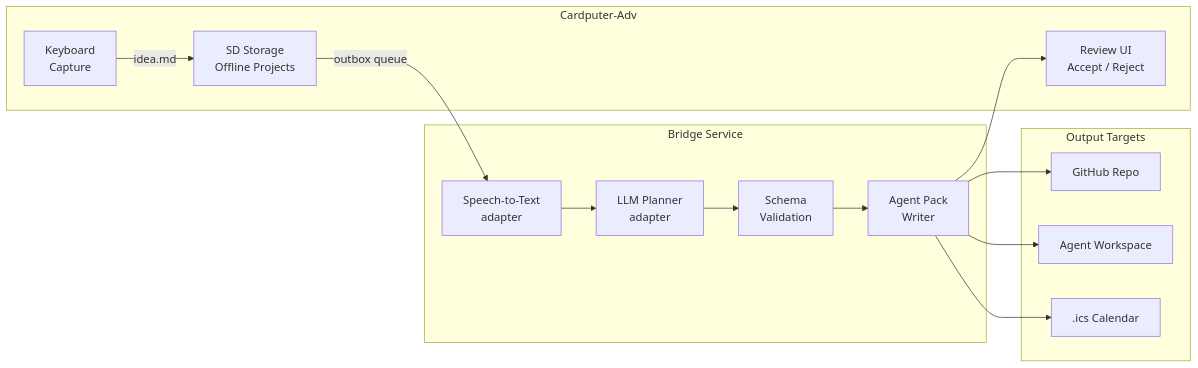
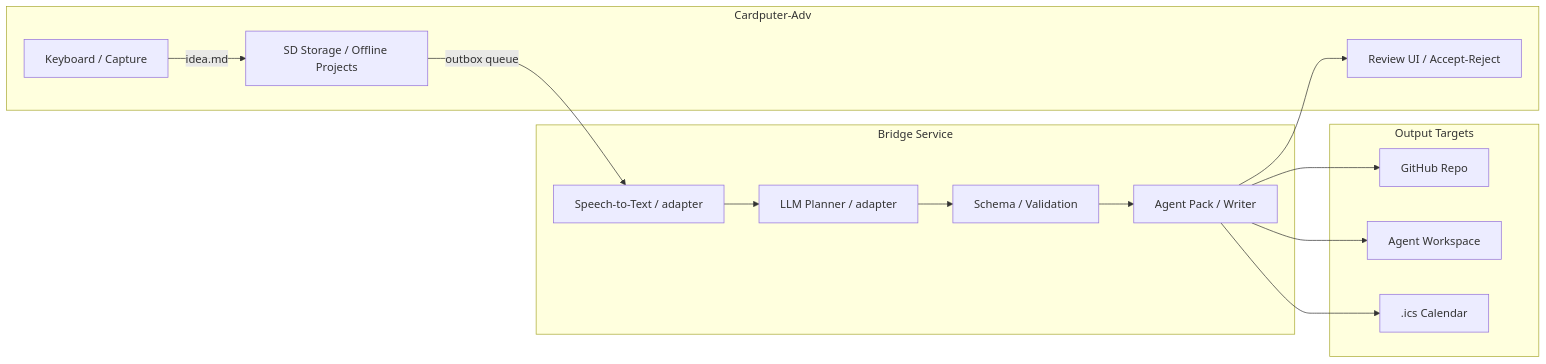
Before and after one commit to NaustudentX18/m5-cardputer-adv: the diagram in README.md, drawn with Mermaid.

Commit message:
🐛 Fix Mermaid diagram — replace <br/> with / separator
GitHub's Mermaid renderer is failing on HTML <br/> tags inside node
labels. Switched to slash separator which renders cleanly and reads
naturally.

Confidence: high
Scope-risk: narrow
Tested: visual

````diff
--- a/README.md
+++ b/README.md
@@ -32,31 +32,31 @@
 ```mermaid
 flowchart LR
     subgraph Pocket["Cardputer-Adv"]
-        KB["Keyboard<br/>Capture"]
-        SD["SD Storage<br/>Offline Projects"]
-        UI["Review UI<br/>Accept / Reject"]
+        KB["Keyboard / Capture"]
+        SD["SD Storage / Offline Projects"]
+        UI["Review UI / Accept-Reject"]
     end
 
     subgraph Bridge["Bridge Service"]
-        STT["Speech-to-Text<br/>adapter"]
-        PLAN["LLM Planner<br/>adapter"]
-        VAL["Schema<br/>Validation"]
-        EXP["Agent Pack<br/>Writer"]
+        STT["Speech-to-Text / adapter"]
+        PLAN["LLM Planner / adapter"]
+        VAL["Schema / Validation"]
+        EXP["Agent Pack / Writer"]
     end
 
     subgraph Output["Output Targets"]
         GH["GitHub Repo"]
         WS["Agent Workspace"]
         CAL[".ics Calendar"]
     end
 
     KB -->|"idea.md"| SD
     SD -->|"outbox queue"| STT
     STT --> PLAN
     PLAN --> VAL
     VAL --> EXP
     EXP --> UI
     EXP --> GH
     EXP --> WS
     EXP --> CAL
 ```
````
